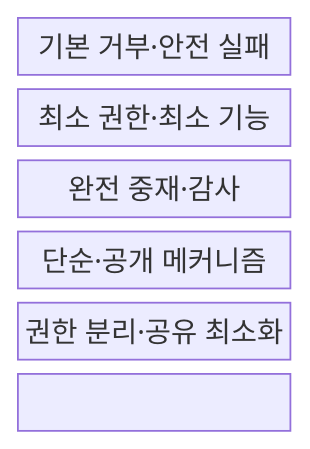
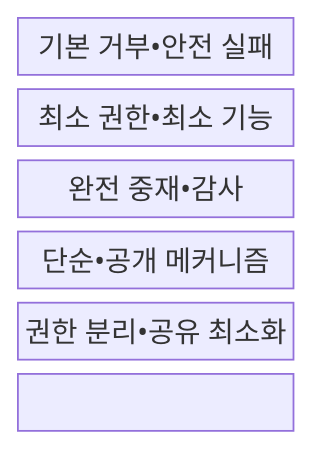
The first of 2 diagrams in src/content/docs/notes/05-security/137_security_design_principles.md (agnusdei1207/knowledge-base), drawn with Mermaid before and after one commit. The commit also changed other lines of this file and 953 other files, not shown here.

````diff
--- a/src/content/docs/notes/05-security/137_security_design_principles.md
+++ b/src/content/docs/notes/05-security/137_security_design_principles.md
@@ -65,11 +65,11 @@
 ```mermaid
 block-beta
   columns 1
-  D["기본 거부·안전 실패"]
-  L["최소 권한·최소 기능"]
-  M["완전 중재·감사"]
-  E["단순·공개 메커니즘"]
-  S["권한 분리·공유 최소화"]
+  D["기본 거부•안전 실패"]
+  L["최소 권한•최소 기능"]
+  M["완전 중재•감사"]
+  E["단순•공개 메커니즘"]
+  S["권한 분리•공유 최소화"]
   D --- L --- M
   M --- E --- S
 ```
````
